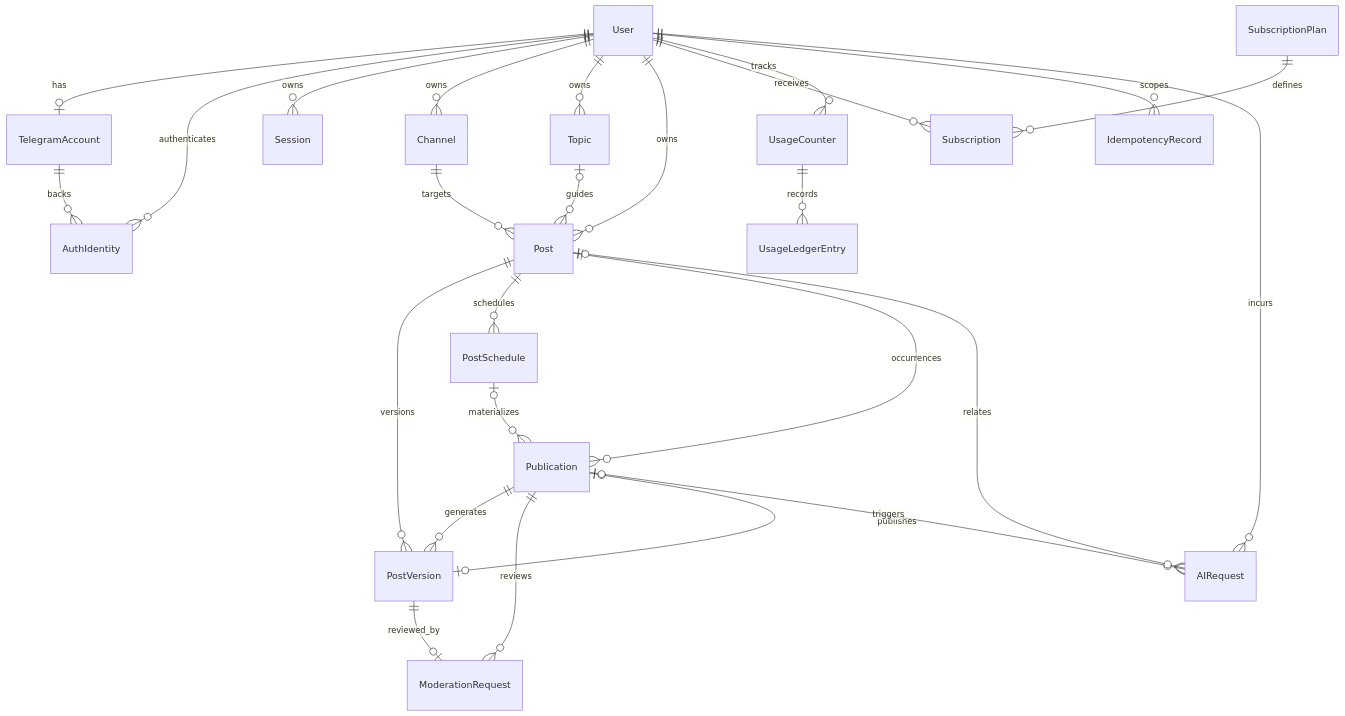
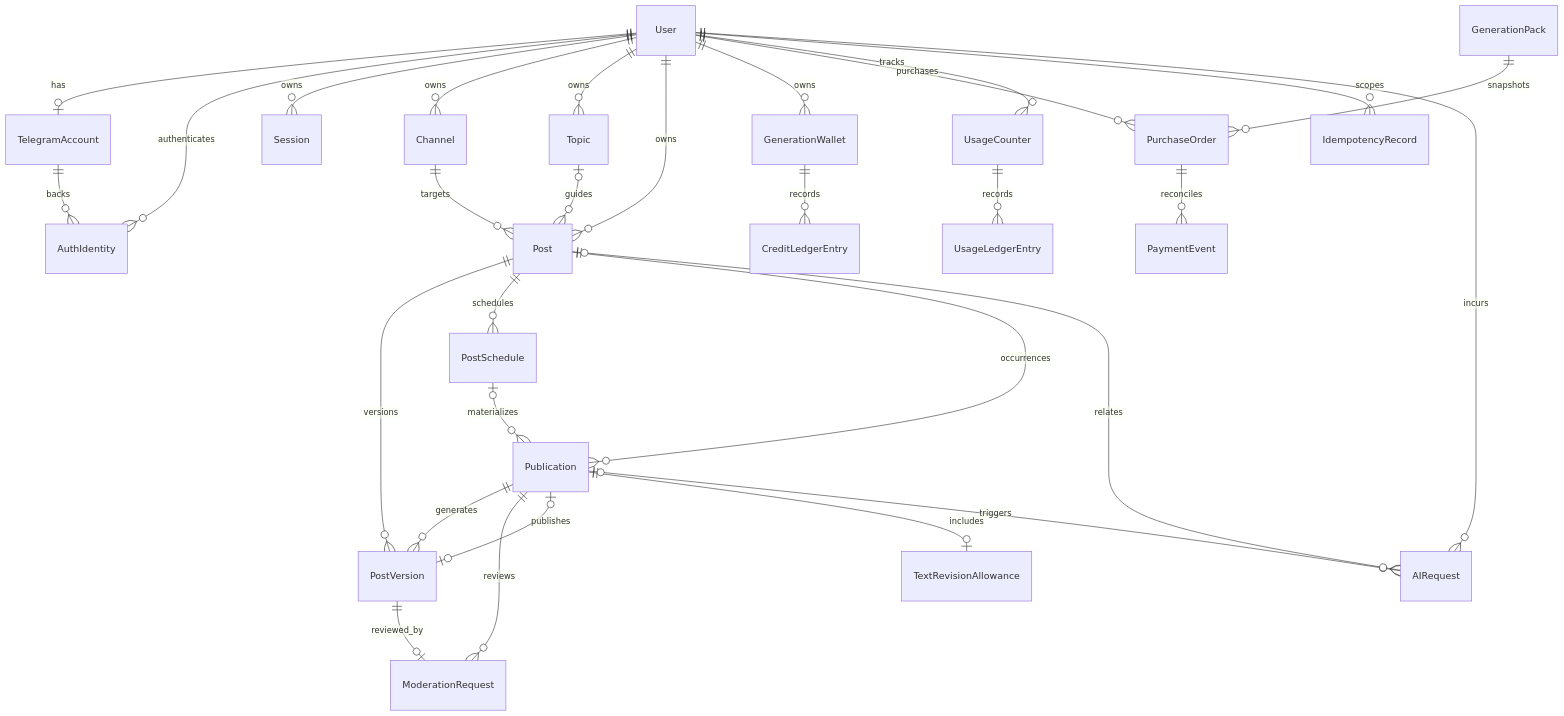
The diagram in docs/architecture/domain-model.md (DinarSharipov/autobot-backend), drawn with Mermaid before and after one commit. The commit also changed other lines of this file and 16 other files, not shown here.

Commit message:
docs: replace subscription roadmap with prepaid generation packs

````diff
--- a/docs/architecture/domain-model.md
+++ b/docs/architecture/domain-model.md
@@ -16,28 +18,32 @@
 ```mermaid
 erDiagram
     User ||--o| TelegramAccount : has
     User ||--o{ AuthIdentity : authenticates
     TelegramAccount ||--o{ AuthIdentity : backs
     User ||--o{ Session : owns
     User ||--o{ Channel : owns
     User ||--o{ Topic : owns
     User ||--o{ Post : owns
     Channel ||--o{ Post : targets
     Topic o|--o{ Post : guides
     Post ||--o{ PostVersion : versions
     Post ||--o{ PostSchedule : schedules
     Post ||--o{ Publication : occurrences
     PostSchedule o|--o{ Publication : materializes
     Publication ||--o{ PostVersion : generates
     Publication ||--o{ ModerationRequest : reviews
     PostVersion ||--o| ModerationRequest : reviewed_by
     Publication o|--o| PostVersion : publishes
-    User ||--o{ Subscription : receives
-    SubscriptionPlan ||--o{ Subscription : defines
+    User ||--o{ GenerationWallet : owns
+    GenerationWallet ||--o{ CreditLedgerEntry : records
+    User ||--o{ PurchaseOrder : purchases
+    GenerationPack ||--o{ PurchaseOrder : snapshots
+    PurchaseOrder ||--o{ PaymentEvent : reconciles
+    Publication ||--o| TextRevisionAllowance : includes
     User ||--o{ UsageCounter : tracks
     User ||--o{ IdempotencyRecord : scopes
     UsageCounter ||--o{ UsageLedgerEntry : records
     User ||--o{ AIRequest : incurs
     Publication o|--o{ AIRequest : triggers
     Post o|--o{ AIRequest : relates
 ```
````
